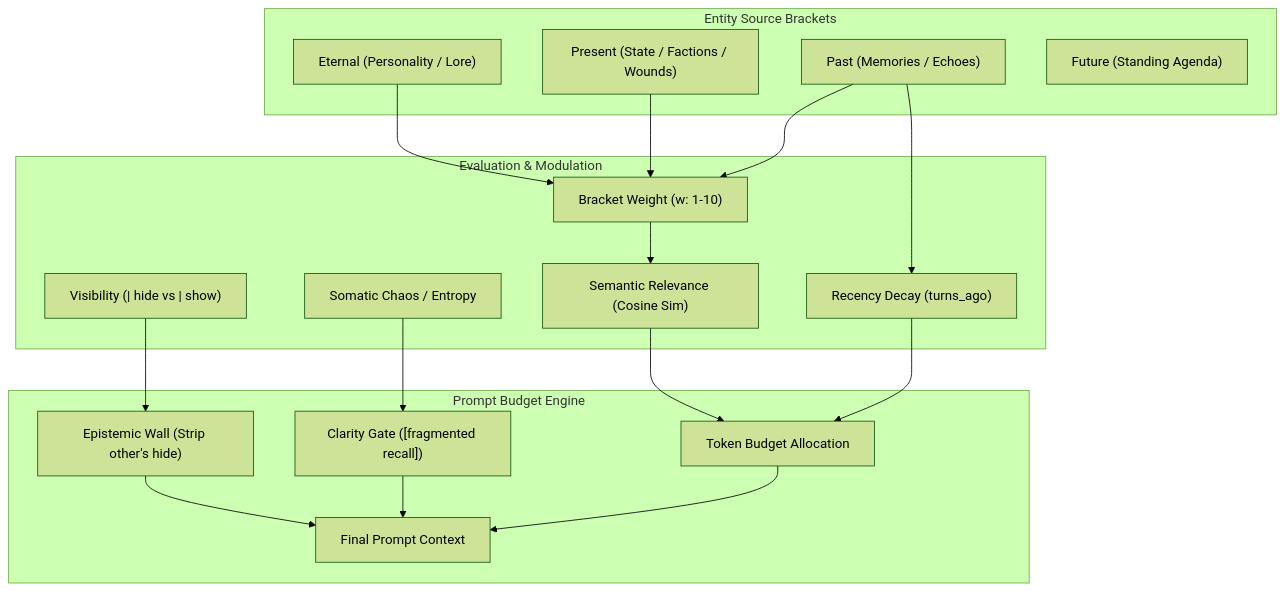
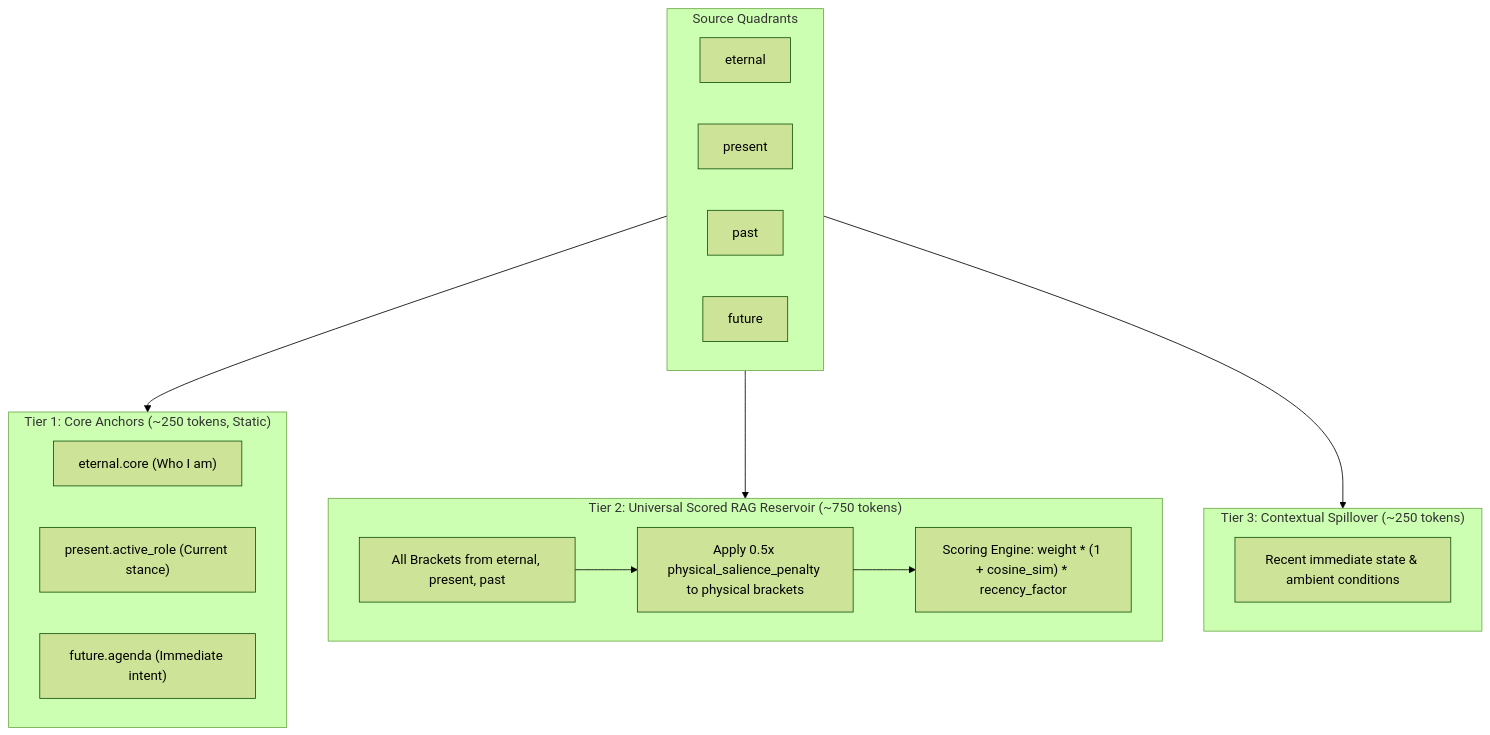
One commit to JooduG/RPGlitch changed the second of 4 diagrams in memory-rag-budget-architecture.md. Above: the diagram before and after it, drawn with Mermaid (forest theme). The commit also changed other lines of this file and 2 other files, not shown here.

Commit message:
docs: update roadmap with detailed v0.8.0 engineering tracks and add memory RAG budget architecture spec and bridge script

````diff
--- a/memory-rag-budget-architecture.md
+++ b/memory-rag-budget-architecture.md
@@ -53,36 +68,30 @@
 ```mermaid
 flowchart TD
-    subgraph InputState ["Entity Source Brackets"]
-        E["Eternal (Personality / Lore)"]
-        P["Present (State / Factions / Wounds)"]
-        M["Past (Memories / Echoes)"]
-        F["Future (Standing Agenda)"]
+    subgraph Quadrants ["Source Quadrants"]
+        E["eternal"]
+        P["present"]
+        M["past"]
+        F["future"]
     end
 
-    subgraph Modifiers ["Evaluation & Modulation"]
-        VW["Bracket Weight (w: 1-10)"]
-        VIS["Visibility (| hide vs | show)"]
-        EMB["Semantic Relevance (Cosine Sim)"]
-        DEC["Recency Decay (turns_ago)"]
-        CHAOS["Somatic Chaos / Entropy"]
+    subgraph Tier1 ["Tier 1: Core Anchors (~250 tokens, Static)"]
+        A1["eternal.core (Who I am)"]
+        A2["present.active_role (Current stance)"]
+        A3["future.agenda (Immediate intent)"]
     end
 
-    subgraph Assembly ["Prompt Budget Engine"]
-        BUDGET["Token Budget Allocation"]
-        EPIC["Epistemic Wall (Strip other's hide)"]
-        FRAG["Clarity Gate ([fragmented recall])"]
-        FINAL["Final Prompt Context"]
+    subgraph Tier2 ["Tier 2: Universal Scored RAG Reservoir (~750 tokens)"]
+        CAND["All Brackets from eternal, present, past"]
+        PEN["Apply 0.5x physical_salience_penalty to physical brackets"]
+        SCORE["Scoring Engine: weight * (1 + cosine_sim) * recency_factor"]
+        CAND --> PEN --> SCORE
     end
 
-    E --> VW
-    P --> VW
-    M --> VW & DEC
-    VW --> EMB
-    EMB --> BUDGET
-    DEC --> BUDGET
-    VIS --> EPIC
-    CHAOS --> FRAG
-    EPIC --> FINAL
-    FRAG --> FINAL
-    BUDGET --> FINAL
+    subgraph Tier3 ["Tier 3: Contextual Spillover (~250 tokens)"]
+        SPILL["Recent immediate state & ambient conditions"]
+    end
+
+    Quadrants --> Tier1
+    Quadrants --> Tier2
+    Quadrants --> Tier3
 ```
````
